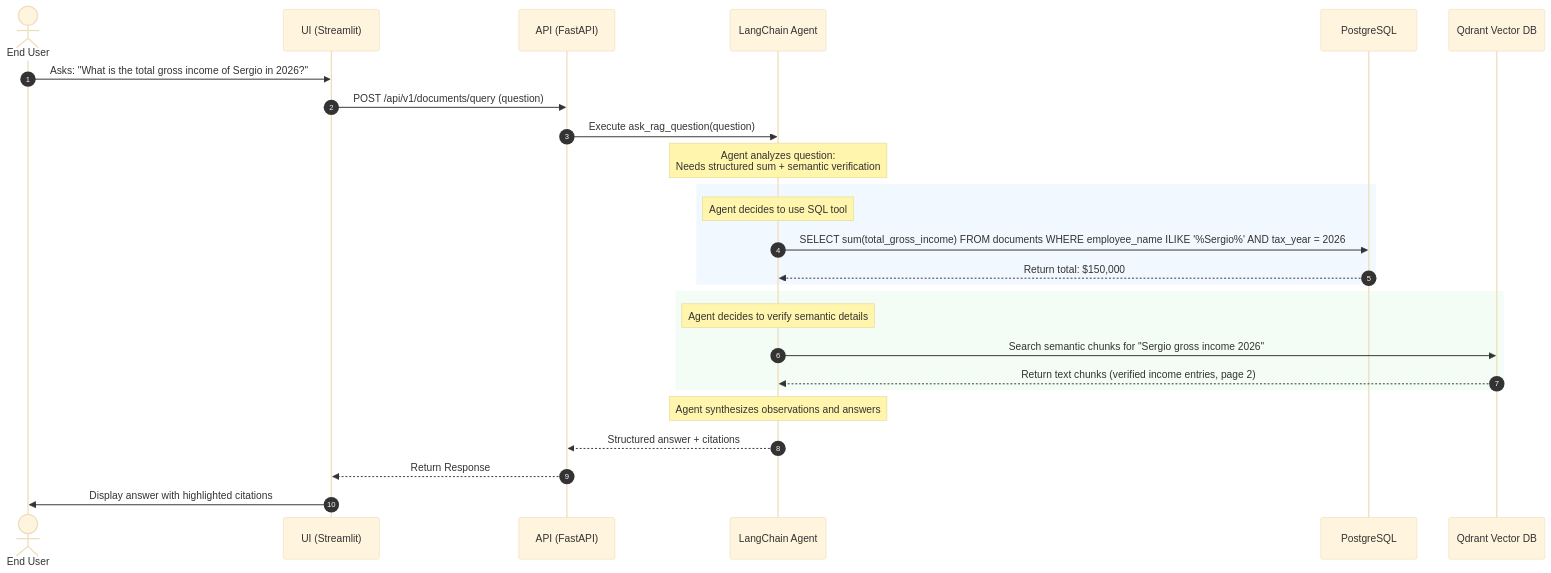
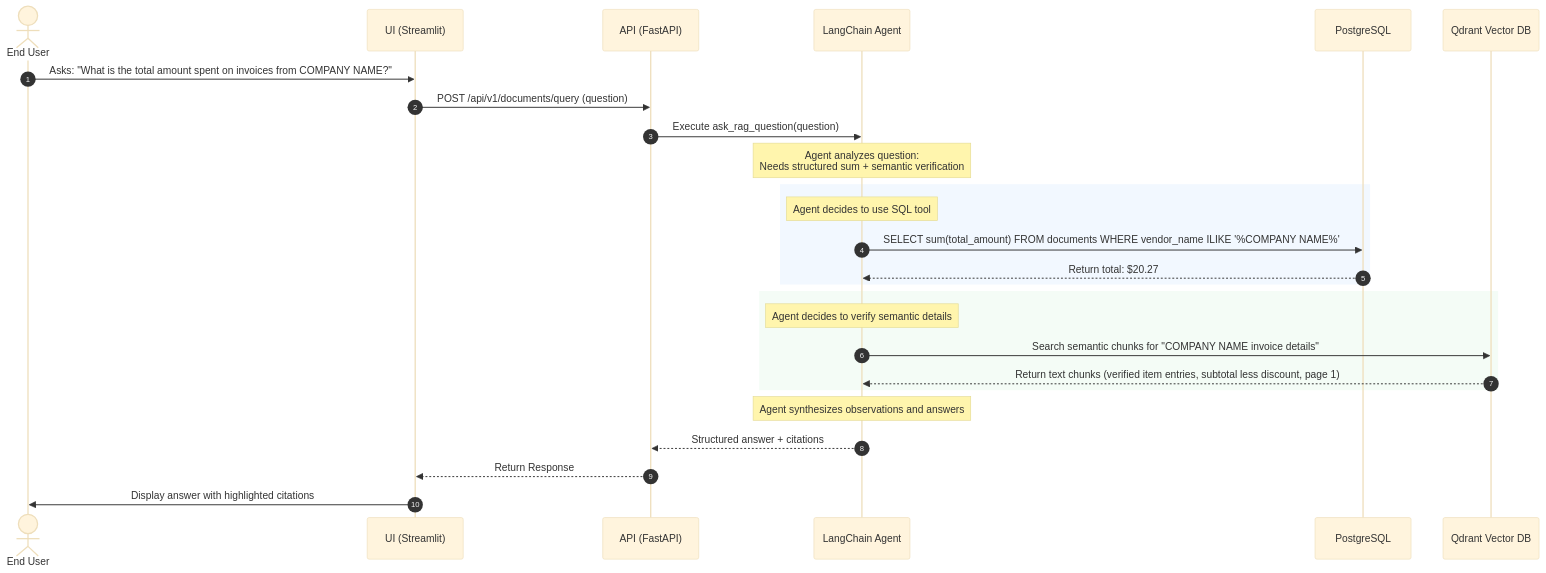
The third of 4 diagrams in README.md (SergioZona/auxis-technical-test), drawn with Mermaid (base theme) before and after one commit. The commit also changed other lines of this file and 24 other files, not shown here.

````diff
--- a/README.md
+++ b/README.md
@@ -238,32 +213,32 @@
 ```mermaid
 sequenceDiagram
     autonumber
     actor User as End User
     participant Streamlit as UI (Streamlit)
     participant Fast as API (FastAPI)
     participant LC as LangChain Agent
     participant PG as PostgreSQL
     participant QD as Qdrant Vector DB
 
-    User->>Streamlit: Asks: "What is the total gross income of Sergio in 2026?"
+    User->>Streamlit: Asks: "What is the total amount spent on invoices from COMPANY NAME?"
     Streamlit->>Fast: POST /api/v1/documents/query (question)
     Fast->>LC: Execute ask_rag_question(question)
     Note over LC: Agent analyzes question:<br/>Needs structured sum + semantic verification
     
     rect rgba(0, 122, 255, 0.05)
         Note over LC: Agent decides to use SQL tool
-        LC->>PG: SELECT sum(total_gross_income) FROM documents WHERE employee_name ILIKE '%Sergio%' AND tax_year = 2026;
-        PG-->>LC: Return total: $150,000
+        LC->>PG: SELECT sum(total_amount) FROM documents WHERE vendor_name ILIKE '%COMPANY NAME%';
+        PG-->>LC: Return total: $20.27
     end
 
     rect rgba(52, 199, 89, 0.05)
         Note over LC: Agent decides to verify semantic details
-        LC->>QD: Search semantic chunks for "Sergio gross income 2026"
-        QD-->>LC: Return text chunks (verified income entries, page 2)
+        LC->>QD: Search semantic chunks for "COMPANY NAME invoice details"
+        QD-->>LC: Return text chunks (verified item entries, subtotal less discount, page 1)
     end
 
     Note over LC: Agent synthesizes observations and answers
     LC-->>Fast: Structured answer + citations
     Fast-->>Streamlit: Return Response
     Streamlit->>User: Display answer with highlighted citations
 ```
````
